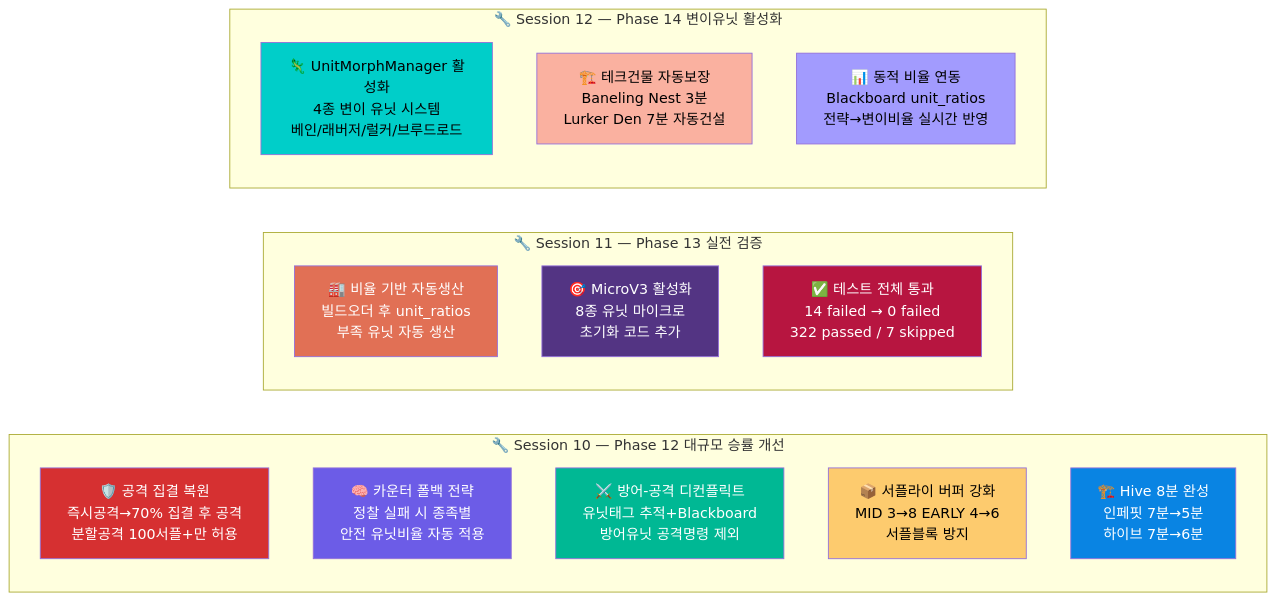
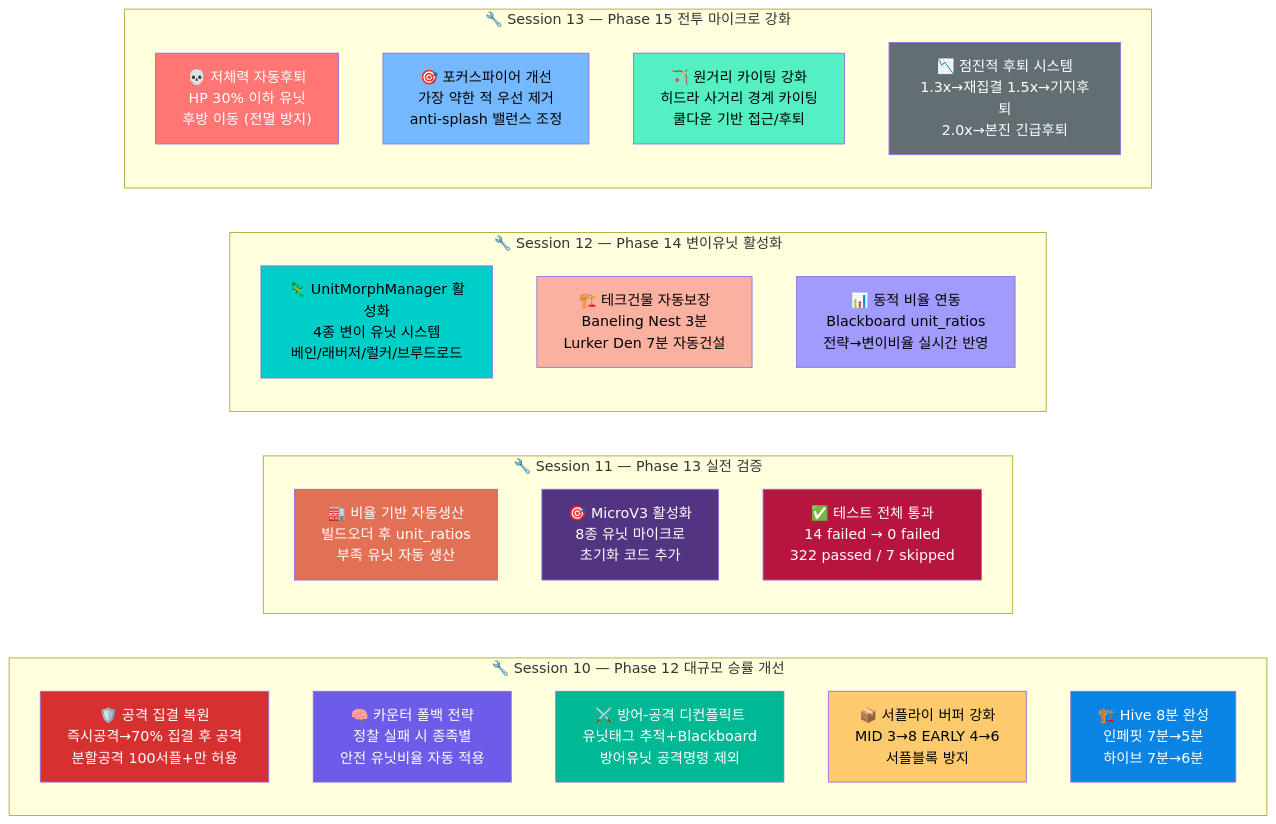
Before and after one commit to sun475300-sudo/Swarm-control-in-sc2bot: diagram 31 of 31 in README.md, drawn with Mermaid. The commit also changed other lines of this file and 2 other files, not shown here.

Commit message:
feat: Phase 15 전투 마이크로 강화 — 저체력후퇴 + 포커스파이어 + 점진적후퇴
- 저체력 유닛(HP 30% 이하) 자동 후방 이동 (베인링/저글링 제외)
- 포커스 파이어: 가장 약한 적 우선 제거 + anti-splash 극심 위협만 회피
- 원거리 유닛(사거리 5+) 사거리 경계 카이팅 강화
- 3단계 점진적 후퇴: 1.3x재집결 / 1.5x기지후퇴 / 2.0x긴급후퇴

````diff
--- a/README.md
+++ b/README.md
@@ -856,37 +858,49 @@
 ```mermaid
 graph LR
     subgraph "🔧 Session 10 — Phase 12 대규모 승률 개선"
         direction TB
         FIX1["🛡️ 공격 집결 복원<br/>즉시공격→70% 집결 후 공격<br/>분할공격 100서플+만 허용"]
         FIX2["🧠 카운터 폴백 전략<br/>정찰 실패 시 종족별<br/>안전 유닛비율 자동 적용"]
         FIX3["⚔️ 방어-공격 디컨플릭트<br/>유닛태그 추적+Blackboard<br/>방어유닛 공격명령 제외"]
         FIX4["📦 서플라이 버퍼 강화<br/>MID 3→8 EARLY 4→6<br/>서플블록 방지"]
         FIX5["🏗️ Hive 8분 완성<br/>인페핏 7분→5분<br/>하이브 7분→6분"]
     end
 
     subgraph "🔧 Session 11 — Phase 13 실전 검증"
         direction TB
         FIX6["🏭 비율 기반 자동생산<br/>빌드오더 후 unit_ratios<br/>부족 유닛 자동 생산"]
         FIX7["🎯 MicroV3 활성화<br/>8종 유닛 마이크로<br/>초기화 코드 추가"]
         FIX8["✅ 테스트 전체 통과<br/>14 failed → 0 failed<br/>322 passed / 7 skipped"]
     end
 
     subgraph "🔧 Session 12 — Phase 14 변이유닛 활성화"
         direction TB
         FIX9["🦎 UnitMorphManager 활성화<br/>4종 변이 유닛 시스템<br/>베인/래버저/럴커/브루드로드"]
         FIX10["🏗️ 테크건물 자동보장<br/>Baneling Nest 3분<br/>Lurker Den 7분 자동건설"]
         FIX11["📊 동적 비율 연동<br/>Blackboard unit_ratios<br/>전략→변이비율 실시간 반영"]
     end
 
+    subgraph "🔧 Session 13 — Phase 15 전투 마이크로 강화"
+        direction TB
+        FIX12["💀 저체력 자동후퇴<br/>HP 30% 이하 유닛<br/>후방 이동 (전멸 방지)"]
+        FIX13["🎯 포커스파이어 개선<br/>가장 약한 적 우선 제거<br/>anti-splash 밸런스 조정"]
+        FIX14["🏹 원거리 카이팅 강화<br/>히드라 사거리 경계 카이팅<br/>쿨다운 기반 접근/후퇴"]
+        FIX15["📉 점진적 후퇴 시스템<br/>1.3x→재집결 1.5x→기지후퇴<br/>2.0x→본진 긴급후퇴"]
+    end
+
     style FIX1 fill:#d63031,color:#fff
     style FIX2 fill:#6c5ce7,color:#fff
     style FIX3 fill:#00b894,color:#fff
     style FIX4 fill:#fdcb6e,color:#000
     style FIX5 fill:#0984e3,color:#fff
     style FIX6 fill:#e17055,color:#fff
     style FIX7 fill:#533483,color:#fff
     style FIX8 fill:#b71540,color:#fff
     style FIX9 fill:#00cec9,color:#000
     style FIX10 fill:#fab1a0,color:#000
     style FIX11 fill:#a29bfe,color:#000
+    style FIX12 fill:#ff7675,color:#fff
+    style FIX13 fill:#74b9ff,color:#000
+    style FIX14 fill:#55efc4,color:#000
+    style FIX15 fill:#636e72,color:#fff
 ```
````
